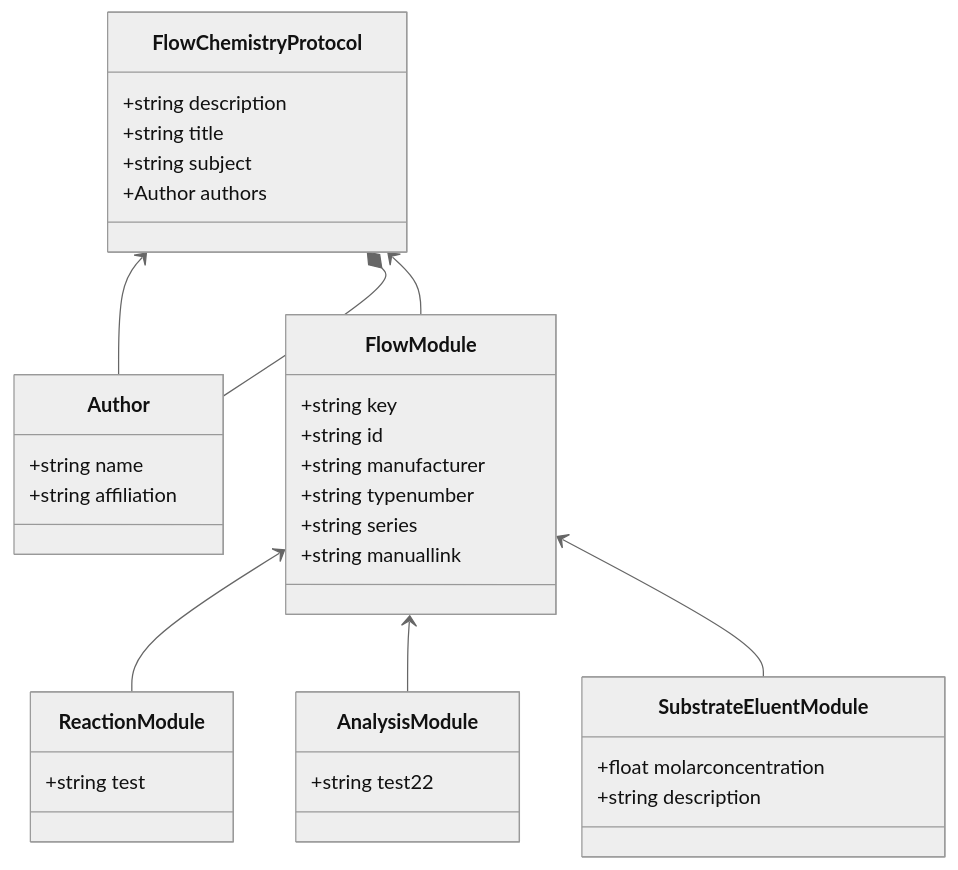
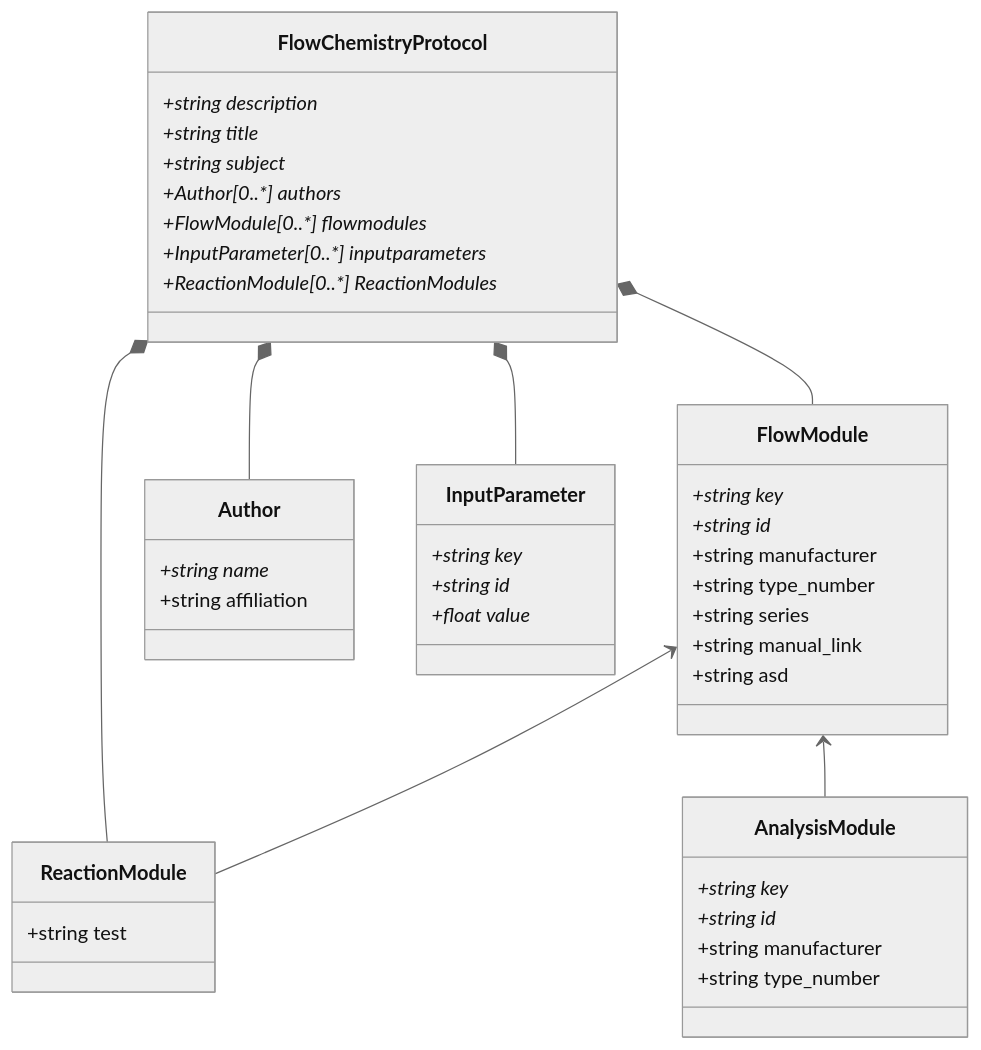
The diagram in pyDataset/schemes/Dataset.md (C-Kessler/sdrdm-flowchem-B2), drawn with Mermaid (neutral theme) before and after one commit. The commit also changed 3 other files, not shown here.

````diff
--- a/pyDataset/schemes/Dataset.md
+++ b/pyDataset/schemes/Dataset.md
@@ -1,44 +1,52 @@
 ```mermaid
 classDiagram
-    FlowChemistryProtocol <-- Author
-    FlowChemistryProtocol <-- FlowModule
     FlowModule <-- ReactionModule
     FlowModule <-- AnalysisModule
-    FlowModule <-- SubstrateEluentModule
     FlowChemistryProtocol *-- Author
+    FlowChemistryProtocol *-- FlowModule
+    FlowChemistryProtocol *-- InputParameter
+    FlowChemistryProtocol *-- ReactionModule
     
     class FlowChemistryProtocol {
-        +string description
-        +string title
-        +string subject
-        +Author authors
+        +string description*
+        +string title*
+        +string subject*
+        +Author[0..*] authors*
+        +FlowModule[0..*] flowmodules*
+        +InputParameter[0..*] inputparameters*
+        +ReactionModule[0..*] ReactionModules*
     }
     
     class Author {
-        +string name
+        +string name*
         +string affiliation
     }
     
     class FlowModule {
-        +string key
-        +string id
+        +string key*
+        +string id*
         +string manufacturer
-        +string typenumber
+        +string type_number
         +string series
-        +string manuallink
+        +string manual_link
+        +string asd
     }
     
     class ReactionModule {
         +string test
     }
     
     class AnalysisModule {
-        +string test22
+        +string key*
+        +string id*
+        +string manufacturer
+        +string type_number
     }
     
-    class SubstrateEluentModule {
-        +float molarconcentration
-        +string description
+    class InputParameter {
+        +string key*
+        +string id*
+        +float value*
     }
     
 ```
````
